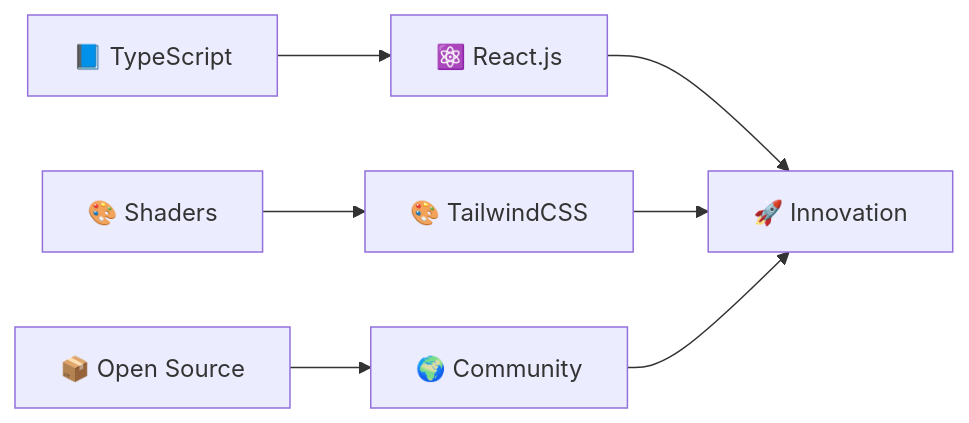
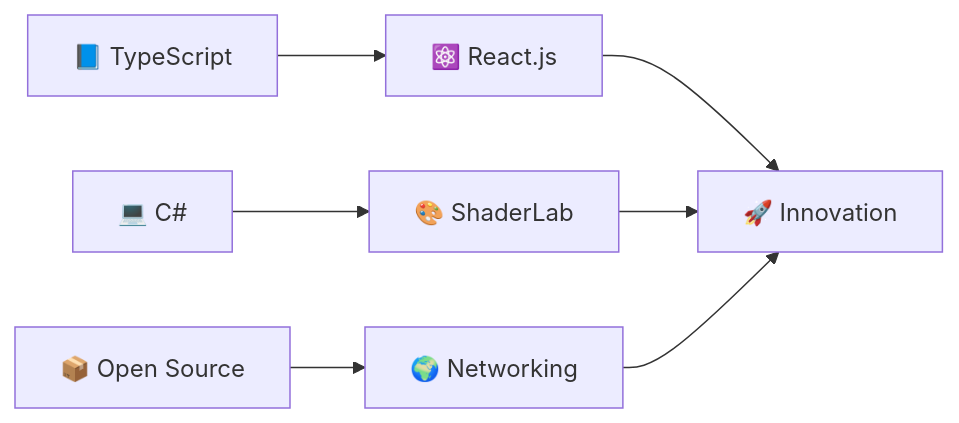
Before and after one commit to Lyliun/Lyliun: the diagram in README.md, drawn with Mermaid.

````diff
--- a/README.md
+++ b/README.md
@@ -115,10 +115,10 @@
 ```mermaid
 graph LR
     A[📘 TypeScript] --> B[⚛️ React.js]
-    C[🎨 Shaders] --> D[🎨 TailwindCSS]
-    E[📦 Open Source] --> F[🌍 Community]
+    C[💻 C#] --> D[🎨 ShaderLab]
+    E[📦 Open Source] --> F[🌍 Networking]
     B --> G[🚀 Innovation]
     D --> G
     F --> G
 
 ```
````
